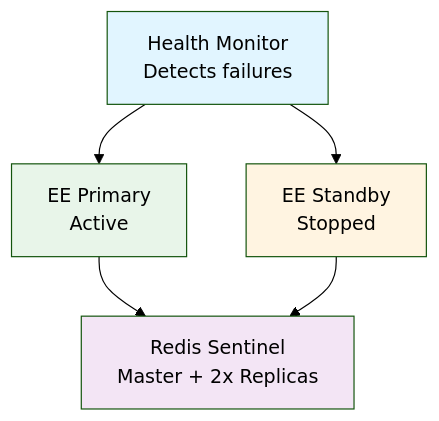
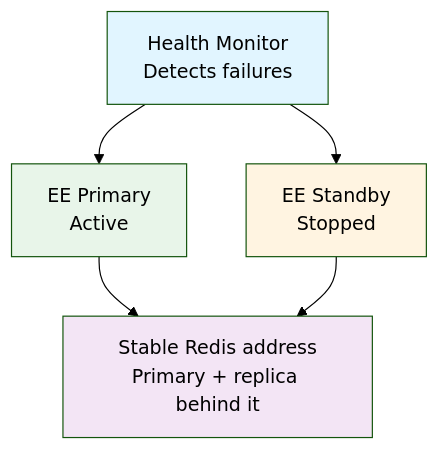
Before and after one commit to postalsys/learn.emailengine.app: the first of 4 diagrams in docs/deployment/index.md, drawn with Mermaid (forest theme). The commit also changed other lines of this file and 17 other files, not shown here.

````diff
--- a/docs/deployment/index.md
+++ b/docs/deployment/index.md
@@ -256,13 +252,13 @@
 ```mermaid
 graph TB
     Monitor[Health Monitor<br/>Detects failures]
     Monitor --> Primary[EE Primary<br/>Active]
     Monitor --> Standby[EE Standby<br/>Stopped]
-    Primary --> Redis[Redis Sentinel<br/>Master + 2x Replicas]
+    Primary --> Redis[Stable Redis address<br/>Primary + replica behind it]
     Standby --> Redis
 
     style Monitor fill:#e1f5ff
     style Primary fill:#e8f5e9
     style Standby fill:#fff4e1
     style Redis fill:#f3e5f5
 ```
````
